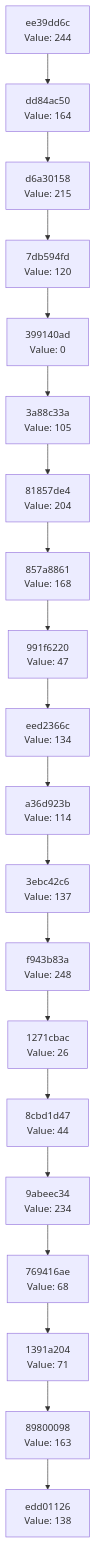
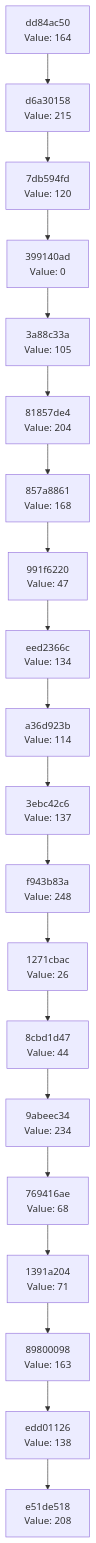
One commit to Abhisheksinha1506/hash-chain-evolver changed the diagram in docs/CHAIN_VISUALIZATION.md. Above: the diagram before and after it, drawn with Mermaid. The commit also changed 2 other files, not shown here.

Commit message:
Evolution Step

````diff
--- a/docs/CHAIN_VISUALIZATION.md
+++ b/docs/CHAIN_VISUALIZATION.md
@@ -3,42 +3,42 @@
 ```mermaid
 graph TD
-    C0["edd01126<br/>Value: 138"]
-    C1["89800098<br/>Value: 163"]
+    C0["e51de518<br/>Value: 208"]
+    C1["edd01126<br/>Value: 138"]
     C1 --> C0
-    C2["1391a204<br/>Value: 71"]
+    C2["89800098<br/>Value: 163"]
     C2 --> C1
-    C3["769416ae<br/>Value: 68"]
+    C3["1391a204<br/>Value: 71"]
     C3 --> C2
-    C4["9abeec34<br/>Value: 234"]
+    C4["769416ae<br/>Value: 68"]
     C4 --> C3
-    C5["8cbd1d47<br/>Value: 44"]
+    C5["9abeec34<br/>Value: 234"]
     C5 --> C4
-    C6["1271cbac<br/>Value: 26"]
+    C6["8cbd1d47<br/>Value: 44"]
     C6 --> C5
-    C7["f943b83a<br/>Value: 248"]
+    C7["1271cbac<br/>Value: 26"]
     C7 --> C6
-    C8["3ebc42c6<br/>Value: 137"]
+    C8["f943b83a<br/>Value: 248"]
     C8 --> C7
-    C9["a36d923b<br/>Value: 114"]
+    C9["3ebc42c6<br/>Value: 137"]
     C9 --> C8
-    C10["eed2366c<br/>Value: 134"]
+    C10["a36d923b<br/>Value: 114"]
     C10 --> C9
-    C11["991f6220<br/>Value: 47"]
+    C11["eed2366c<br/>Value: 134"]
     C11 --> C10
-    C12["857a8861<br/>Value: 168"]
+    C12["991f6220<br/>Value: 47"]
     C12 --> C11
-    C13["81857de4<br/>Value: 204"]
+    C13["857a8861<br/>Value: 168"]
     C13 --> C12
-    C14["3a88c33a<br/>Value: 105"]
+    C14["81857de4<br/>Value: 204"]
     C14 --> C13
-    C15["399140ad<br/>Value: 0"]
+    C15["3a88c33a<br/>Value: 105"]
     C15 --> C14
-    C16["7db594fd<br/>Value: 120"]
+    C16["399140ad<br/>Value: 0"]
     C16 --> C15
-    C17["d6a30158<br/>Value: 215"]
+    C17["7db594fd<br/>Value: 120"]
     C17 --> C16
-    C18["dd84ac50<br/>Value: 164"]
+    C18["d6a30158<br/>Value: 215"]
     C18 --> C17
-    C19["ee39dd6c<br/>Value: 244"]
+    C19["dd84ac50<br/>Value: 164"]
     C19 --> C18
 ```
````
